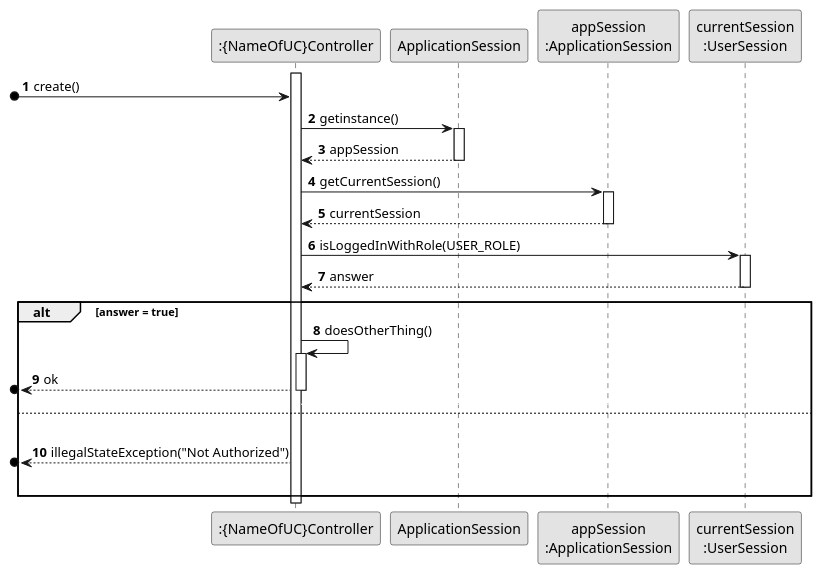
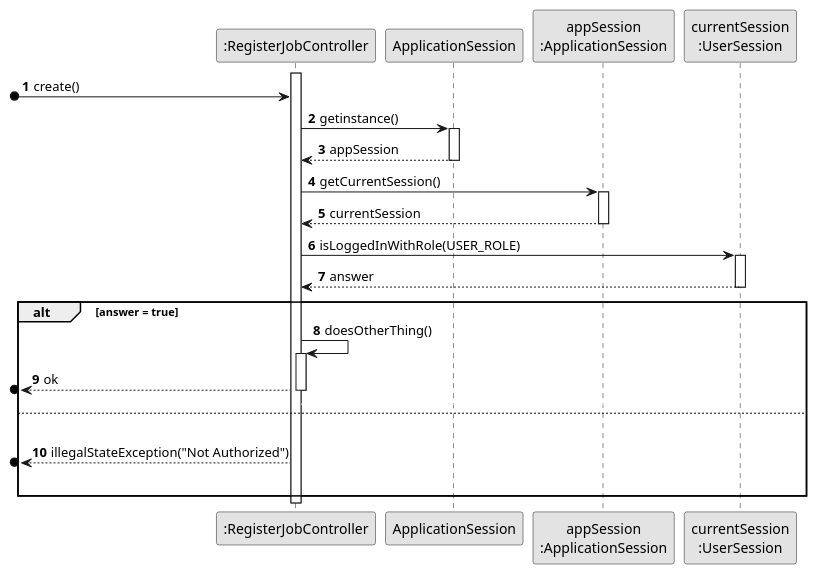
One commit to Departamento-de-Engenharia-Informatica/lei-24-s2-1dm-g132 changed the diagram in docs/sprintB/us002/03.design/puml/us002-sequence-diagram-controller-checking-user-authorization.puml. Above: the diagram before and after it, drawn with PlantUML. The commit also changed 1 other file, not shown here.

Commit message:
First version of the us002 Sequence diagram

```diff
--- a/docs/sprintB/us002/03.design/puml/us002-sequence-diagram-controller-checking-user-authorization.puml
+++ b/docs/sprintB/us002/03.design/puml/us002-sequence-diagram-controller-checking-user-authorization.puml
@@ -1,48 +1,48 @@
 @startuml
 skinparam monochrome true
 skinparam packageStyle rectangle
 skinparam shadowing false
 
 autonumber
 
 'hide footbox
-participant ":{NameOfUC}Controller" as CTRL
+participant ":RegisterJobController" as CTRL
 participant "ApplicationSession" as APPSESSIONC
 participant "appSession\n:ApplicationSession" as APPSESSIONI
 participant "currentSession\n:UserSession" as CURSESSION
 
 activate CTRL
 [o-> CTRL : create()
     CTRL -> APPSESSIONC : getinstance()
 
     activate APPSESSIONC
         APPSESSIONC --> CTRL : appSession
     deactivate APPSESSIONC
 
     CTRL -> APPSESSIONI : getCurrentSession()
     activate APPSESSIONI
         APPSESSIONI --> CTRL : currentSession
     deactivate APPSESSIONI
 
     CTRL -> CURSESSION : isLoggedInWithRole(USER_ROLE)
     activate CURSESSION
         CURSESSION --> CTRL : answer
     deactivate CURSESSION
 
     alt answer = true
         CTRL -> CTRL : doesOtherThing()
         activate CTRL
             [o<-- CTRL : ok
         deactivate CTRL
         autonumber stop
         CTRL -[#white]> CURSESSION
         autonumber resume
     else
         |||
         [o<-- CTRL : illegalStateException("Not Authorized")
         |||
     end alt
 
 deactivate CTRL
 
 @enduml
```
